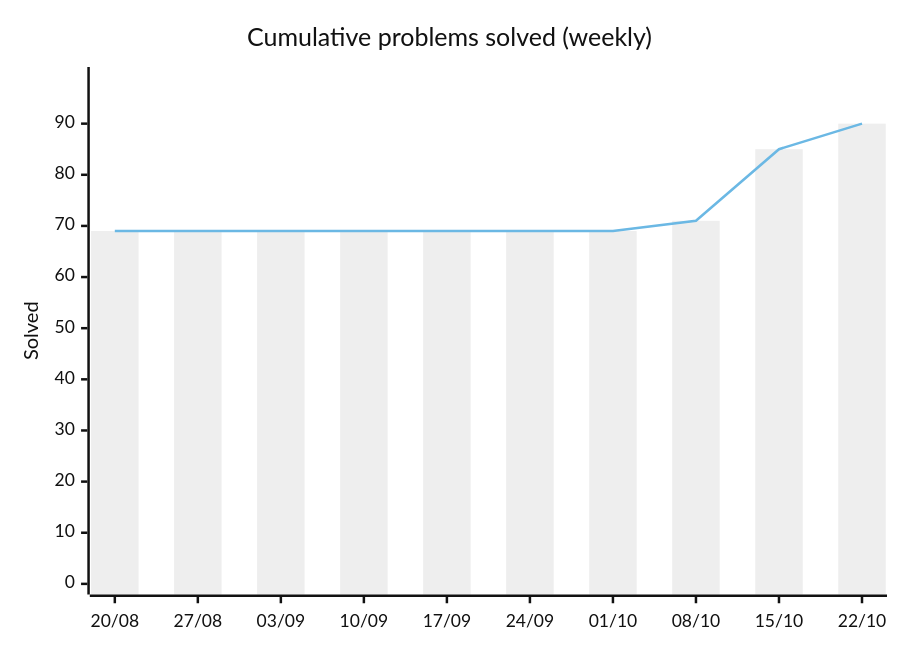
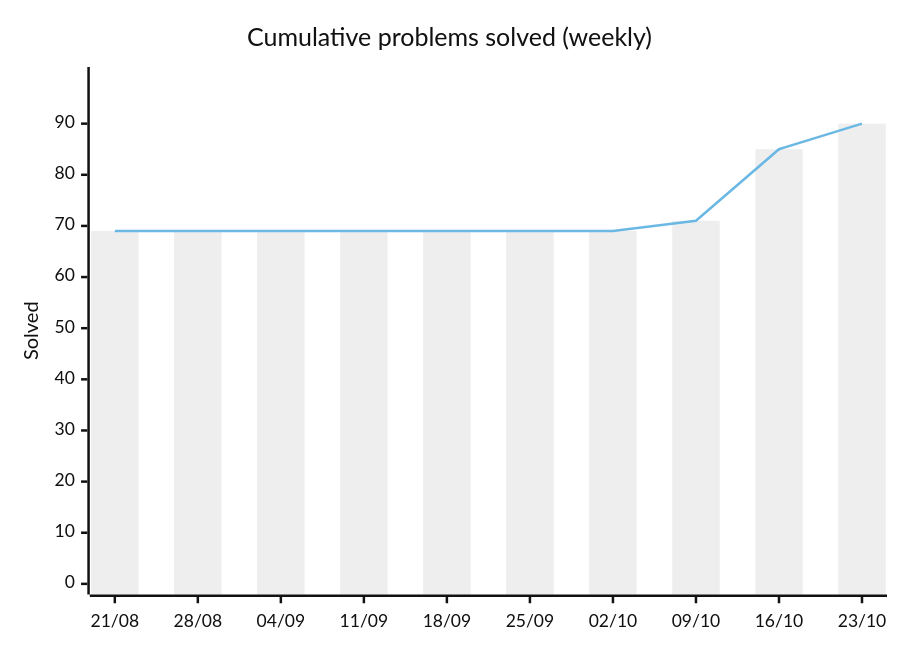
The first of 2 diagrams in README.md (HarryTrn/TensorTonic-Solutions), drawn with Mermaid (neutral theme) before and after one commit. The commit also changed other lines of this file, not shown here.

Commit message:
docs: auto-update README [skip ci]

````diff
--- a/README.md
+++ b/README.md
@@ -65,8 +65,8 @@
 ```mermaid
 xychart-beta
     title "Cumulative problems solved (weekly)"
-    x-axis ["20/08", "27/08", "03/09", "10/09", "17/09", "24/09", "01/10", "08/10", "15/10", "22/10"]
+    x-axis ["21/08", "28/08", "04/09", "11/09", "18/09", "25/09", "02/10", "09/10", "16/10", "23/10"]
     y-axis "Solved" 0 --> 99
     bar [69, 69, 69, 69, 69, 69, 69, 71, 85, 90]
     line [69, 69, 69, 69, 69, 69, 69, 71, 85, 90]
 ```
````
